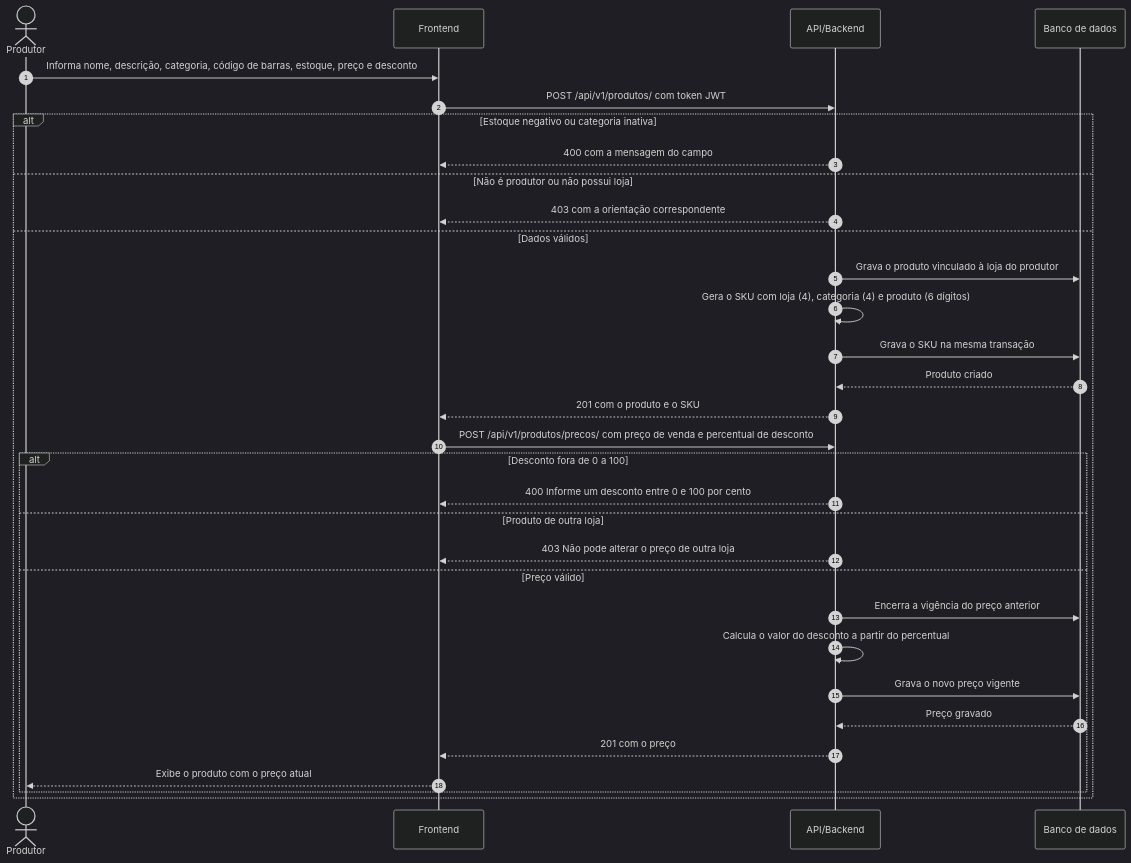
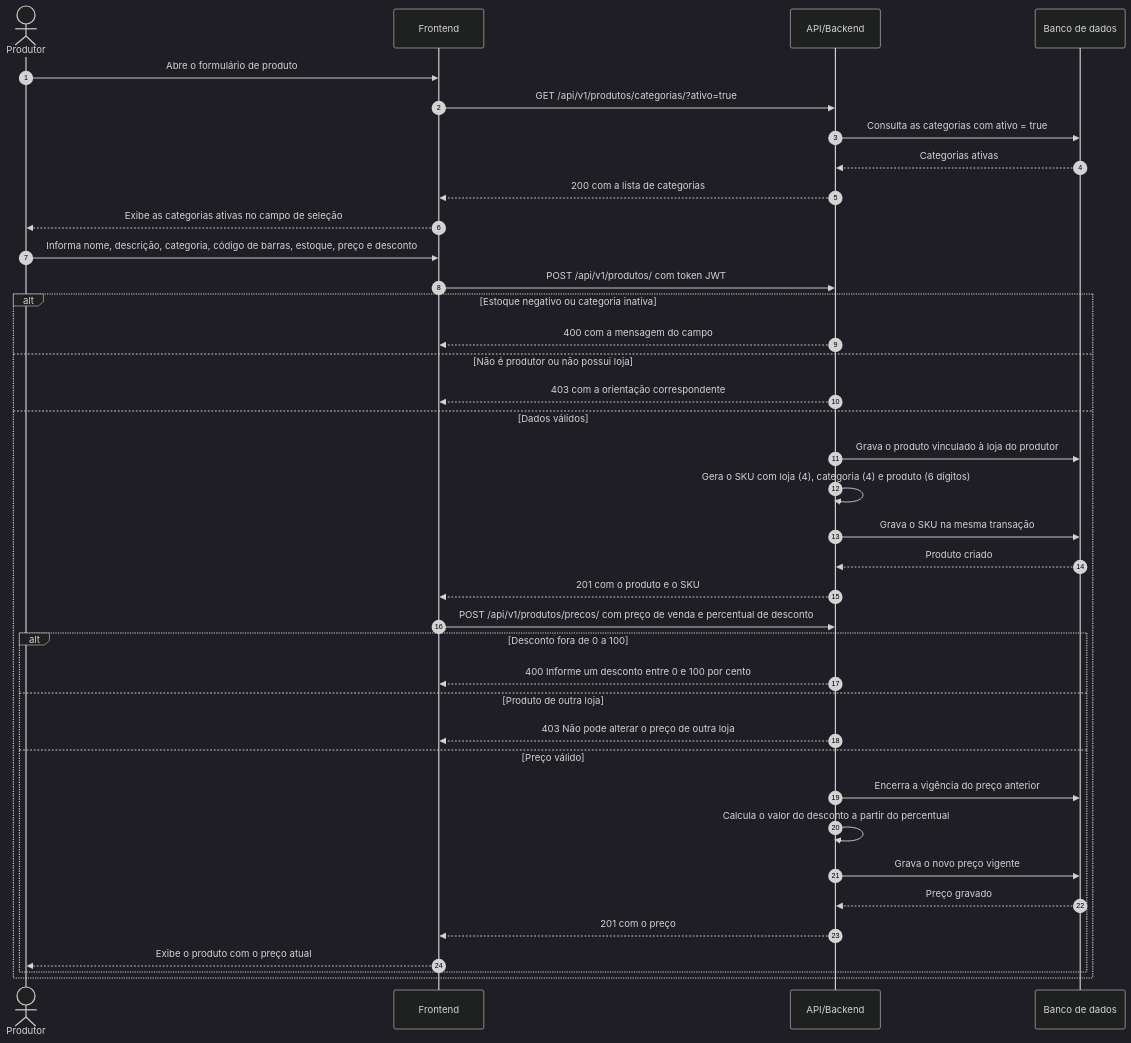
Before and after one commit to marcusmartins07/agro-store: the diagram in docs/diagramas/fig07-seq-produto-preco.mmd, drawn with Mermaid (dark theme). The commit also changed 19 other files, not shown here.

```diff
--- a/docs/diagramas/fig07-seq-produto-preco.mmd
+++ b/docs/diagramas/fig07-seq-produto-preco.mmd
@@ -1,37 +1,46 @@
 %% Figura 7 - Diagrama de Sequência IV - Cadastro de Produto e Definição de Preço
-%% Conferido em: produtos/views.py (ProdutoViewSet, PrecoProdutoViewSet), produtos/serializers.py,
-%% produtos/models.py (Produto.save, gerar_sku e PrecoProduto.save) e frontend stores/produtor.js (salvarProduto).
+%% Conferido em: produtos/views.py (CategoriaViewSet, ProdutoViewSet, PrecoProdutoViewSet), produtos/serializers.py,
+%% produtos/models.py (Produto.save, gerar_sku e PrecoProduto.save), frontend services/api.js (categorias.listar)
+%% e frontend stores/produtor.js (salvarProduto).
+%% A lista de categorias ativas é carregada junto com o painel do produtor e representada no diagrama
+%% como passo anterior ao preenchimento do formulário.
 %% As imagens são enviadas depois do produto salvo (ver Figura 11).
 sequenceDiagram
     autonumber
     actor P as Produtor
     participant F as Frontend
     participant A as API/Backend
     participant B as Banco de dados
 
+    P->>F: Abre o formulário de produto
+    F->>A: GET /api/v1/produtos/categorias/?ativo=true
+    A->>B: Consulta as categorias com ativo = true
+    B-->>A: Categorias ativas
+    A-->>F: 200 com a lista de categorias
+    F-->>P: Exibe as categorias ativas no campo de seleção
     P->>F: Informa nome, descrição, categoria, código de barras, estoque, preço e desconto
     F->>A: POST /api/v1/produtos/ com token JWT
     alt Estoque negativo ou categoria inativa
         A-->>F: 400 com a mensagem do campo
     else Não é produtor ou não possui loja
         A-->>F: 403 com a orientação correspondente
     else Dados válidos
         A->>B: Grava o produto vinculado à loja do produtor
         A->>A: Gera o SKU com loja (4), categoria (4) e produto (6 dígitos)
         A->>B: Grava o SKU na mesma transação
         B-->>A: Produto criado
         A-->>F: 201 com o produto e o SKU
         F->>A: POST /api/v1/produtos/precos/ com preço de venda e percentual de desconto
         alt Desconto fora de 0 a 100
             A-->>F: 400 Informe um desconto entre 0 e 100 por cento
         else Produto de outra loja
             A-->>F: 403 Não pode alterar o preço de outra loja
         else Preço válido
             A->>B: Encerra a vigência do preço anterior
             A->>A: Calcula o valor do desconto a partir do percentual
             A->>B: Grava o novo preço vigente
             B-->>A: Preço gravado
             A-->>F: 201 com o preço
             F-->>P: Exibe o produto com o preço atual
         end
     end
```
